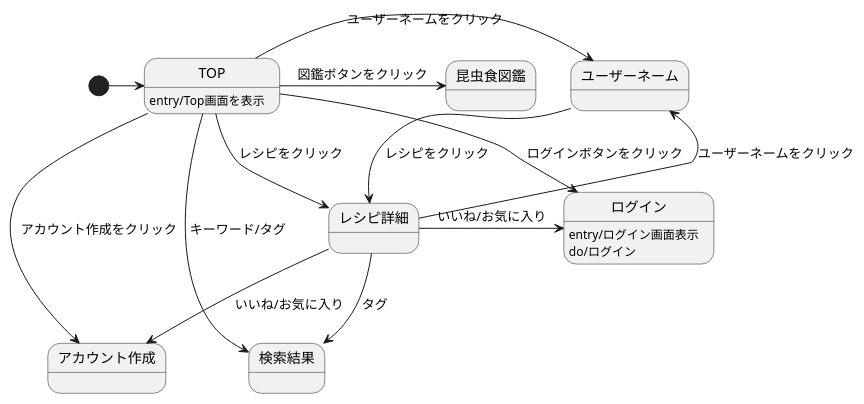
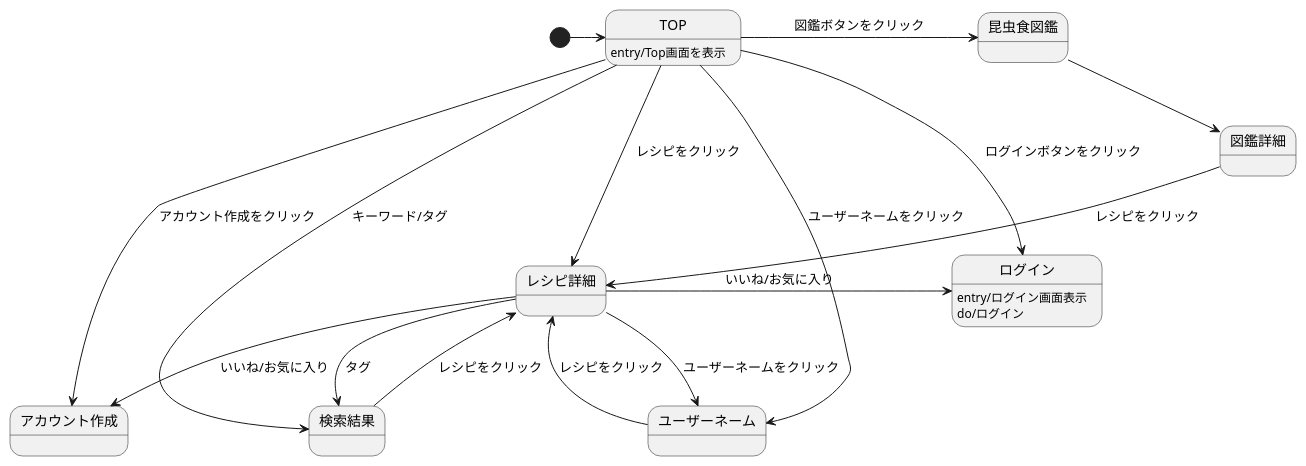
The diagram in ScreenTransitionDiagram.md (ASO2001040/bugbug-design), drawn with PlantUML before and after one commit.

````diff
--- a/ScreenTransitionDiagram.md
+++ b/ScreenTransitionDiagram.md
@@ -1,20 +1,23 @@
 ```uml
 @startuml
 [*]->TOP
 
 TOP : entry/Top画面を表示
 TOP->ログイン: ログインボタンをクリック
 TOP->アカウント作成: アカウント作成をクリック
 TOP->昆虫食図鑑: 図鑑ボタンをクリック
 TOP->ユーザーネーム: ユーザーネームをクリック
 TOP->レシピ詳細: レシピをクリック
 TOP->検索結果: キーワード/タグ
 ユーザーネーム-->レシピ詳細: レシピをクリック
 レシピ詳細-->ユーザーネーム: ユーザーネームをクリック
 レシピ詳細-->検索結果: タグ
 レシピ詳細-->アカウント作成: いいね/お気に入り
 レシピ詳細->ログイン: いいね/お気に入り
+検索結果-->レシピ詳細: レシピをクリック
+昆虫食図鑑-->図鑑詳細
+図鑑詳細-->レシピ詳細: レシピをクリック
 ログイン: entry/ログイン画面表示
 ログイン : do/ログイン
 @enduml
 ```
````
